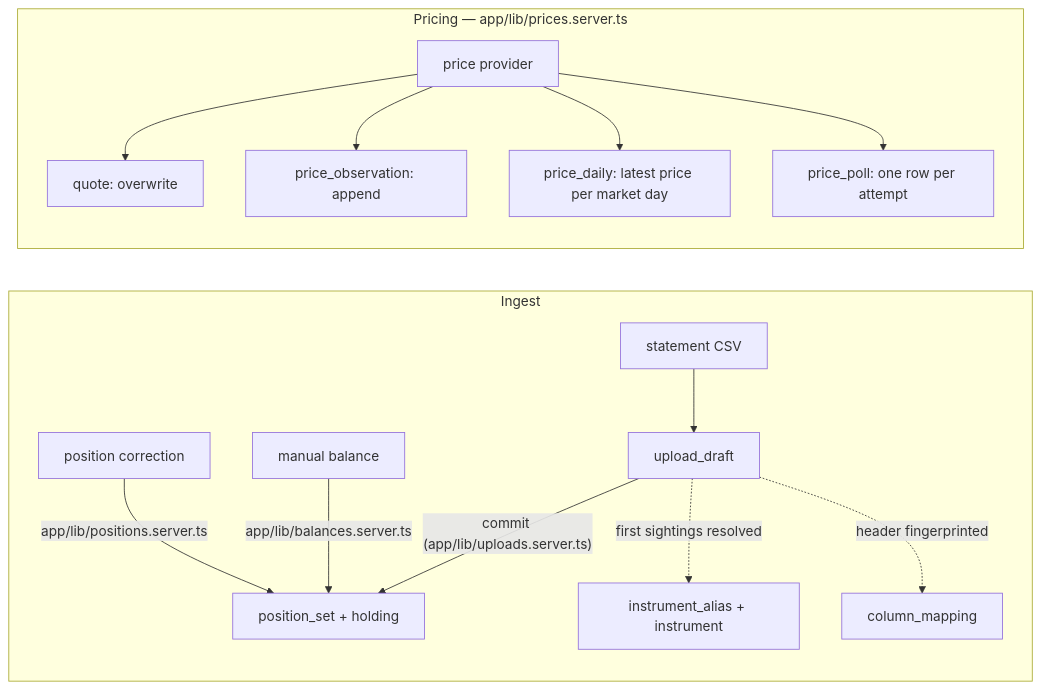
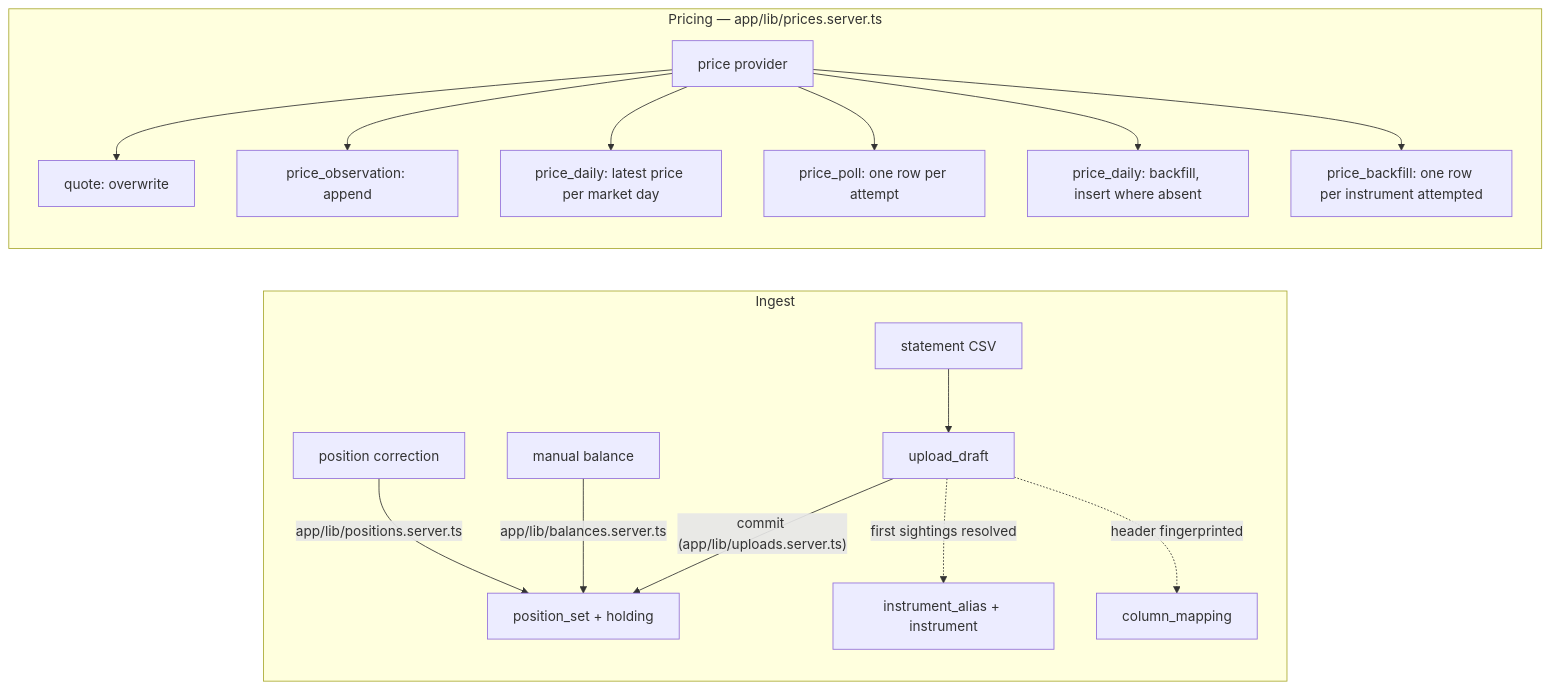
One commit to chethan123/portfolio changed the second of 2 diagrams in docs/data-model.md. Above: the diagram before and after it, drawn with Mermaid. The commit also changed other lines of this file and 14 other files, not shown here.

````diff
--- a/docs/data-model.md
+++ b/docs/data-model.md
@@ -522,17 +566,19 @@
 ```mermaid
 flowchart LR
     subgraph ingest [Ingest]
         CSV[statement CSV] --> UD[upload_draft]
         UD -->|"commit (app/lib/uploads.server.ts)"| PS[position_set + holding]
         MB[manual balance] -->|app/lib/balances.server.ts| PS
         PC[position correction] -->|app/lib/positions.server.ts| PS
         UD -.->|first sightings resolved| IA[instrument_alias + instrument]
         UD -.->|header fingerprinted| CM[column_mapping]
     end
     subgraph pricing [Pricing — app/lib/prices.server.ts]
         P[price provider] --> Q[quote: overwrite]
         P --> PO[price_observation: append]
         P --> PD[price_daily: latest price per market day]
         P --> PL[price_poll: one row per attempt]
+        P --> BD[price_daily: backfill, insert where absent]
+        P --> BF[price_backfill: one row per instrument attempted]
     end
 ```
````
